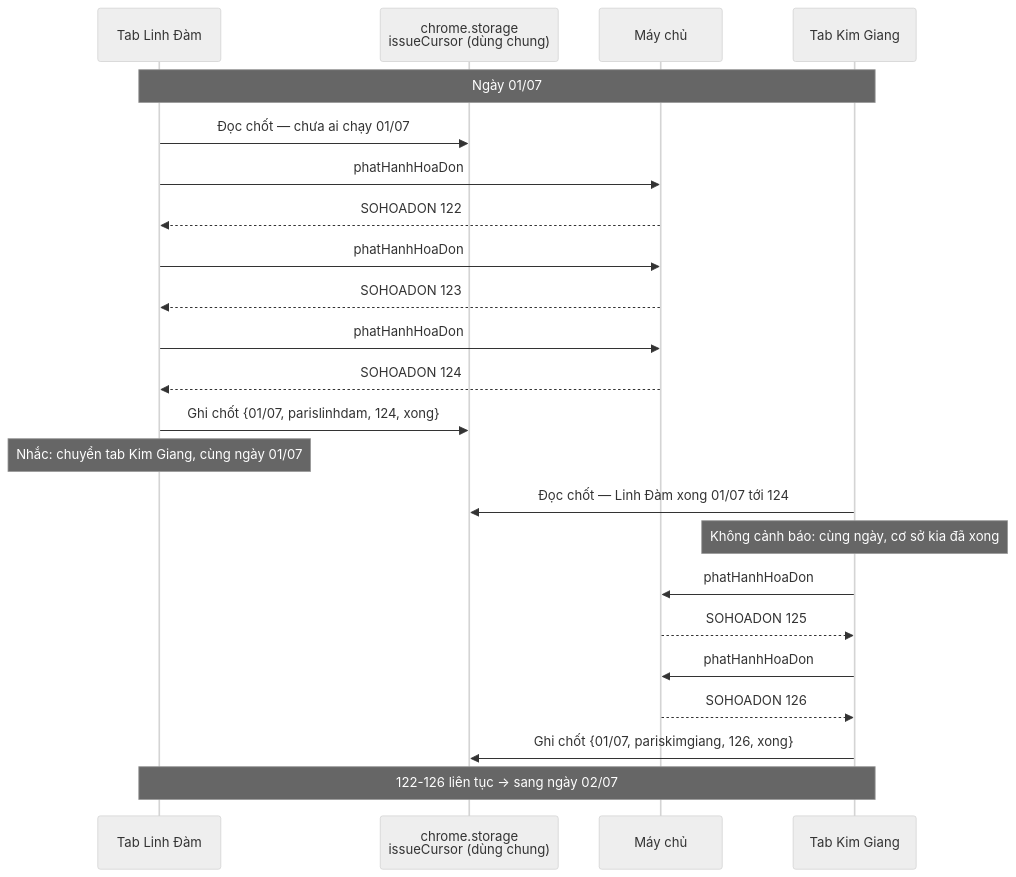
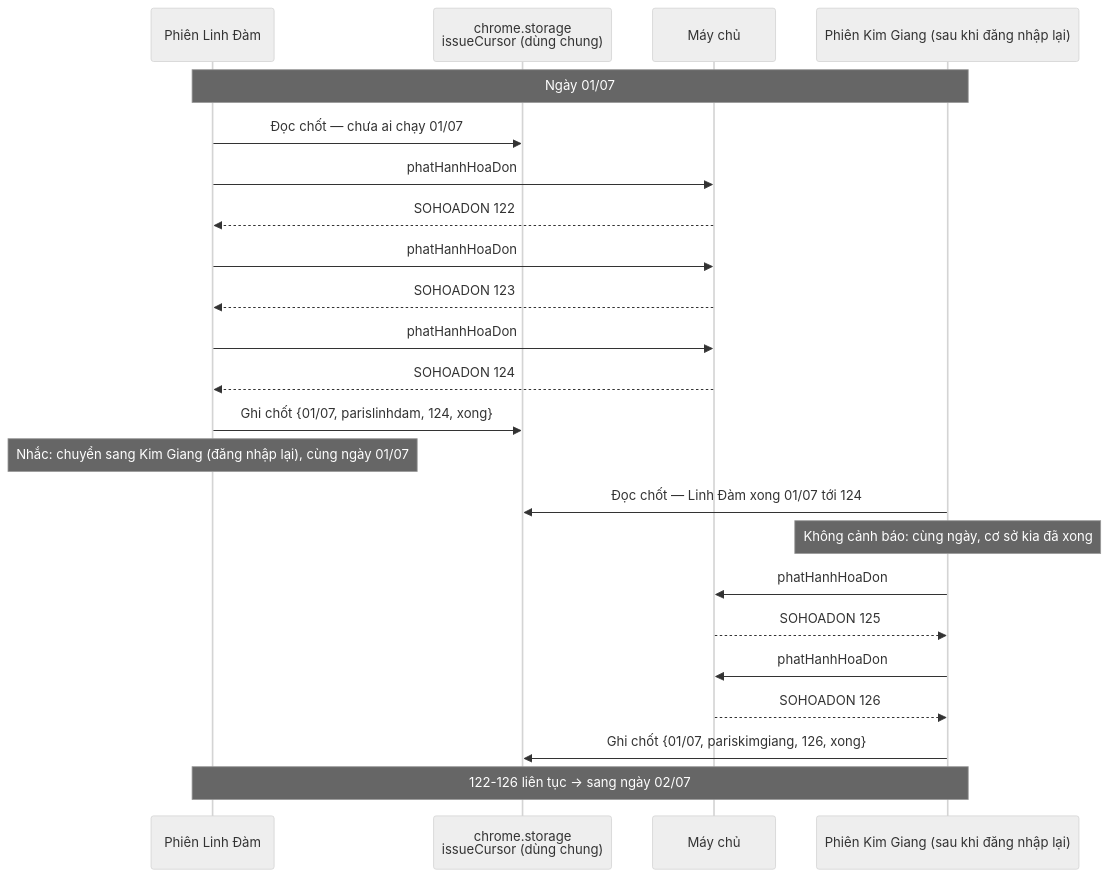
The second of 2 diagrams in docs/SEQUENTIAL_ISSUE_FLOW.md (PhanDo19/extHelper), drawn with Mermaid (neutral theme) before and after one commit. The commit also changed other lines of this file and 7 other files, not shown here.

````diff
--- a/docs/SEQUENTIAL_ISSUE_FLOW.md
+++ b/docs/SEQUENTIAL_ISSUE_FLOW.md
@@ -164,28 +188,28 @@
 ```mermaid
 sequenceDiagram
-    participant LD as Tab Linh Đàm
+    participant LD as Phiên Linh Đàm
     participant S as chrome.storage<br/>issueCursor (dùng chung)
     participant SV as Máy chủ
-    participant KG as Tab Kim Giang
+    participant KG as Phiên Kim Giang (sau khi đăng nhập lại)
 
     Note over LD,KG: Ngày 01/07
 
     LD->>S: Đọc chốt — chưa ai chạy 01/07
     LD->>SV: phatHanhHoaDon #1
     SV-->>LD: SOHOADON 122
     LD->>SV: phatHanhHoaDon #2
     SV-->>LD: SOHOADON 123
     LD->>SV: phatHanhHoaDon #3
     SV-->>LD: SOHOADON 124
     LD->>S: Ghi chốt {01/07, parislinhdam, 124, xong}
-    Note over LD: Nhắc: chuyển tab Kim Giang, cùng ngày 01/07
+    Note over LD: Nhắc: chuyển sang Kim Giang (đăng nhập lại), cùng ngày 01/07
 
     KG->>S: Đọc chốt — Linh Đàm xong 01/07 tới 124
     Note over KG: Không cảnh báo: cùng ngày, cơ sở kia đã xong
     KG->>SV: phatHanhHoaDon #1
     SV-->>KG: SOHOADON 125
     KG->>SV: phatHanhHoaDon #2
     SV-->>KG: SOHOADON 126
     KG->>S: Ghi chốt {01/07, pariskimgiang, 126, xong}
     Note over LD,KG: 122-126 liên tục → sang ngày 02/07
 ```
````
